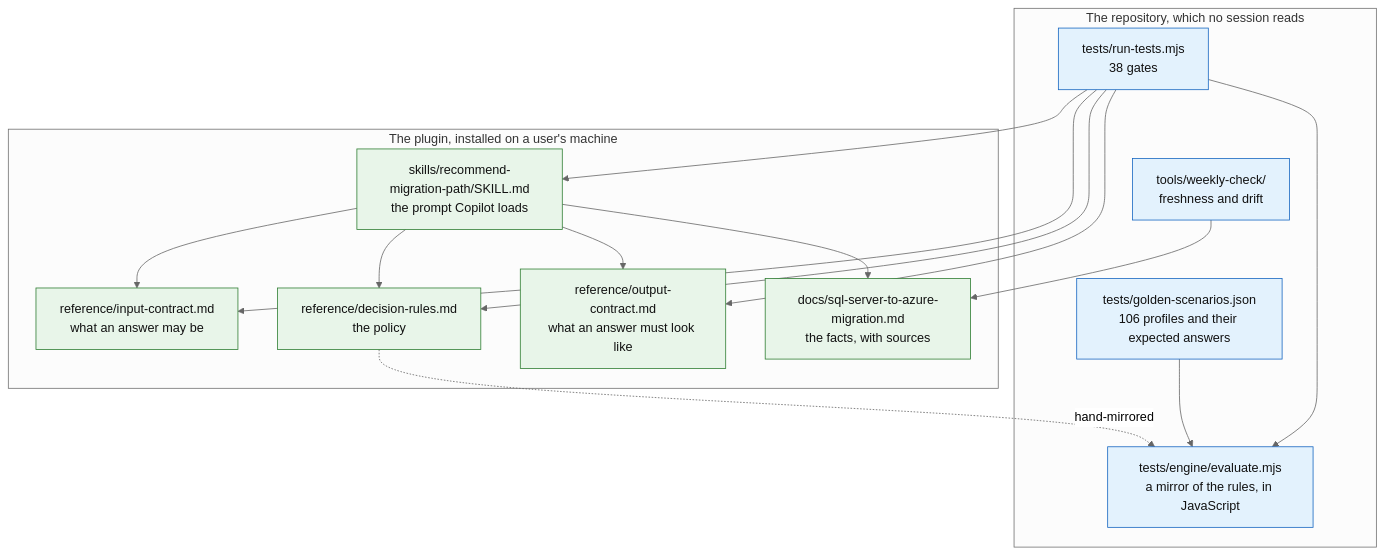
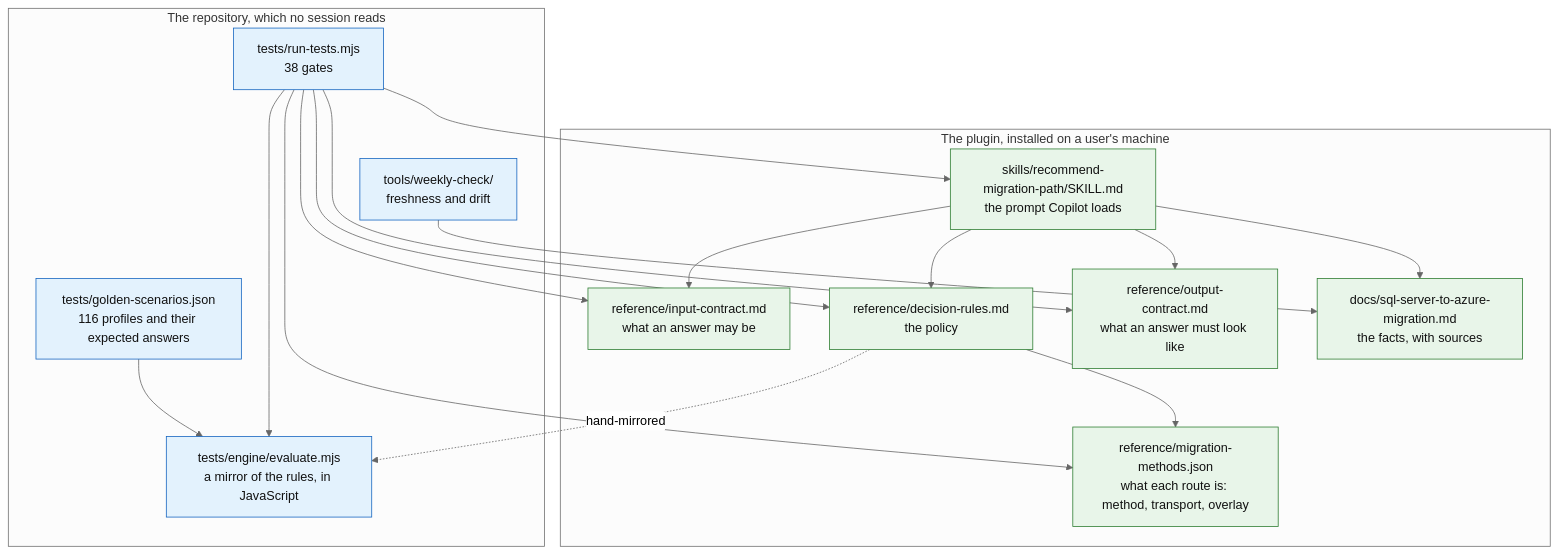
Before and after one commit to fredgis/sql-migration-advisor: the first of 3 diagrams in docs/ARCHITECTURE.md, drawn with Mermaid (neutral theme). The commit also changed other lines of this file and 5 other files, not shown here.

````diff
--- a/docs/ARCHITECTURE.md
+++ b/docs/ARCHITECTURE.md
@@ -28,35 +28,38 @@
 ```mermaid
 flowchart TD
     subgraph plugin["The plugin, installed on a user's machine"]
       SK["skills/recommend-migration-path/SKILL.md<br/>the prompt Copilot loads"]
       IC["reference/input-contract.md<br/>what an answer may be"]
       DR["reference/decision-rules.md<br/>the policy"]
       OC["reference/output-contract.md<br/>what an answer must look like"]
+      MM["reference/migration-methods.json<br/>what each route is: method, transport, overlay"]
       KB["docs/sql-server-to-azure-migration.md<br/>the facts, with sources"]
     end
 
     subgraph repo["The repository, which no session reads"]
       EN["tests/engine/evaluate.mjs<br/>a mirror of the rules, in JavaScript"]
-      GS["tests/golden-scenarios.json<br/>106 profiles and their expected answers"]
+      GS["tests/golden-scenarios.json<br/>116 profiles and their expected answers"]
       GA["tests/run-tests.mjs<br/>38 gates"]
       WK["tools/weekly-check/<br/>freshness and drift"]
     end
 
     SK --> IC
     SK --> DR
     SK --> OC
     SK --> KB
+    DR --> MM
     DR -.->|hand-mirrored| EN
     GS --> EN
     GA --> EN
     GA --> SK
     GA --> IC
     GA --> DR
     GA --> OC
+    GA --> MM
     WK --> KB
 
     classDef live fill:#e8f5e9,stroke:#2e7d32,color:#111
     classDef test fill:#e3f2fd,stroke:#1565c0,color:#111
-    class SK,IC,DR,OC,KB live
+    class SK,IC,DR,OC,KB,MM live
     class EN,GS,GA,WK test
 ```
````
